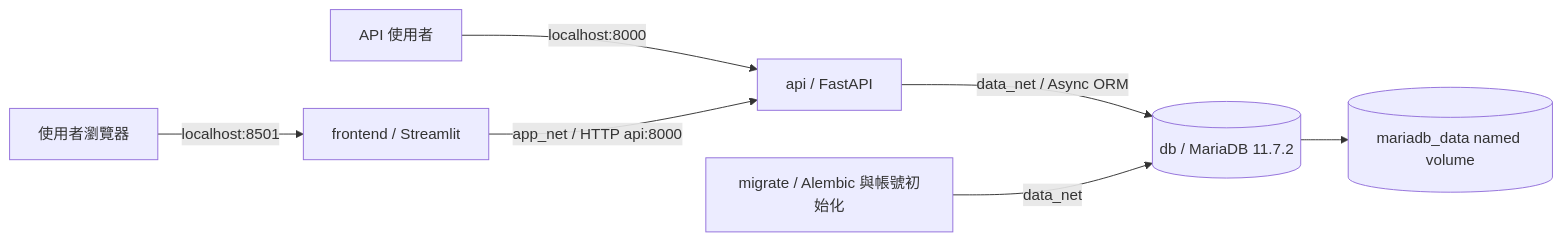
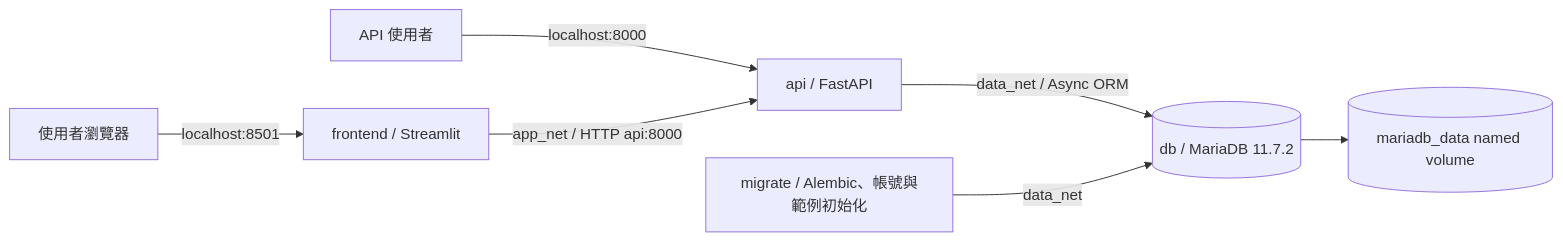
Before and after one commit to gaespa007648/data-monitor-platform: the first of 2 diagrams in docs/architecture.md, drawn with Mermaid. The commit also changed other lines of this file and 9 other files, not shown here.

````diff
--- a/docs/architecture.md
+++ b/docs/architecture.md
@@ -7,9 +7,9 @@
 ```mermaid
 flowchart LR
     Browser[使用者瀏覽器] -->|localhost:8501| Frontend[frontend / Streamlit]
     Client[API 使用者] -->|localhost:8000| API[api / FastAPI]
     Frontend -->|app_net / HTTP api:8000| API
     API -->|data_net / Async ORM| DB[(db / MariaDB 11.7.2)]
-    Migrate[migrate / Alembic 與帳號初始化] -->|data_net| DB
+    Migrate[migrate / Alembic、帳號與範例初始化] -->|data_net| DB
     DB --> Volume[(mariadb_data named volume)]
 ```
````
